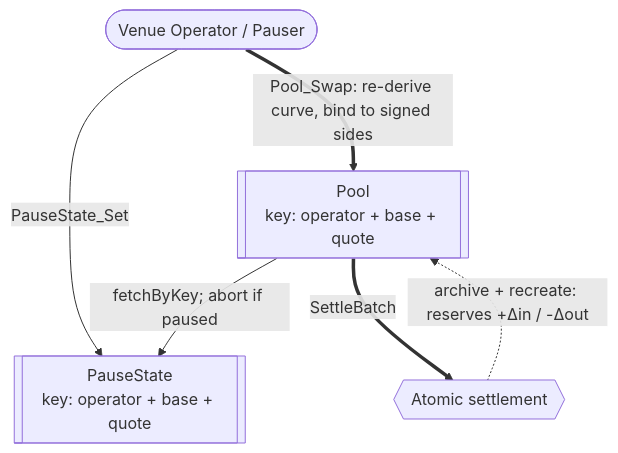
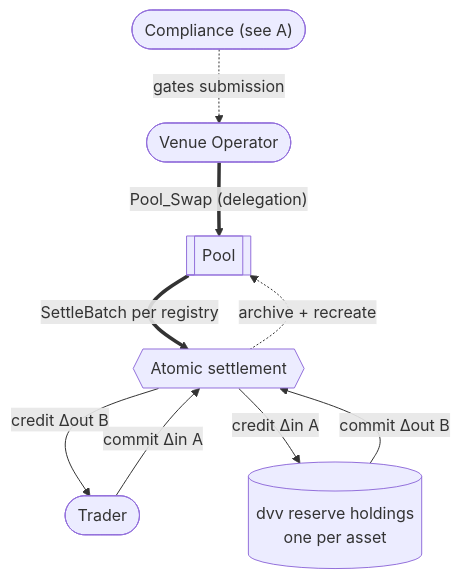
Before and after one commit to OpenZeppelin/canton-specs: the third of 4 diagrams in docs/reference-architectures/dex.md, drawn with Mermaid. The commit also changed other lines of this file, not shown here.

````diff
--- a/docs/reference-architectures/dex.md
+++ b/docs/reference-architectures/dex.md
@@ -359,13 +409,18 @@
 ```mermaid
 flowchart TD
-    Operator([Venue Operator / Pauser])
-    Pool[["Pool<br/>key: operator + base + quote"]]
-    Pause[["PauseState<br/>key: operator + base + quote"]]
+    Compliance(["Compliance (see A)"])
+    Operator([Venue Operator])
+    Pool[["Pool"]]
     Settle{{Atomic settlement}}
+    Trader([Trader])
+    PoolAcct[("dvv reserve holdings<br/>one per asset")]
 
-    Operator -->|"PauseState_Set"| Pause
-    Operator ==>|"Pool_Swap: re-derive curve, bind to signed sides"| Pool
-    Pool -->|"fetchByKey; abort if paused"| Pause
-    Pool ==>|"SettleBatch"| Settle
-    Settle -.->|"archive + recreate: reserves +Δin / -Δout"| Pool
+    Compliance -.->|"gates submission"| Operator
+    Operator ==>|"Pool_Swap (delegation)"| Pool
+    Pool ==>|"SettleBatch per registry"| Settle
+    Settle -.->|"archive + recreate"| Pool
+    Trader -->|"commit Δin A"| Settle
+    Settle -->|"credit Δout B"| Trader
+    PoolAcct -->|"commit Δout B"| Settle
+    Settle -->|"credit Δin A"| PoolAcct
 ```
````
